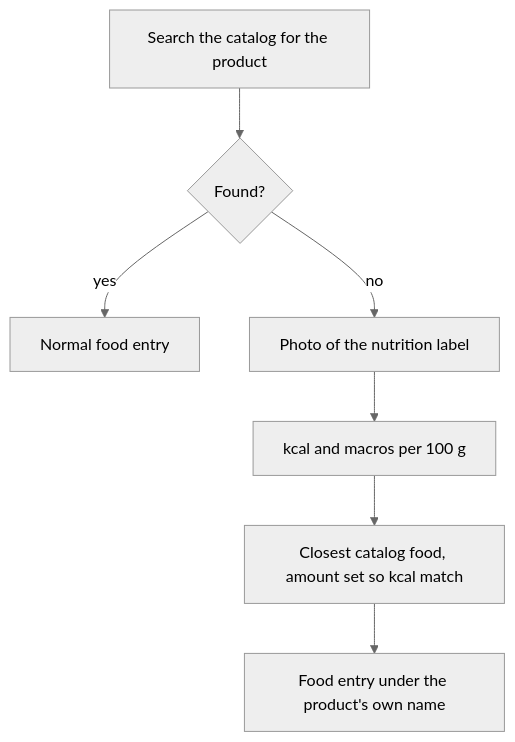
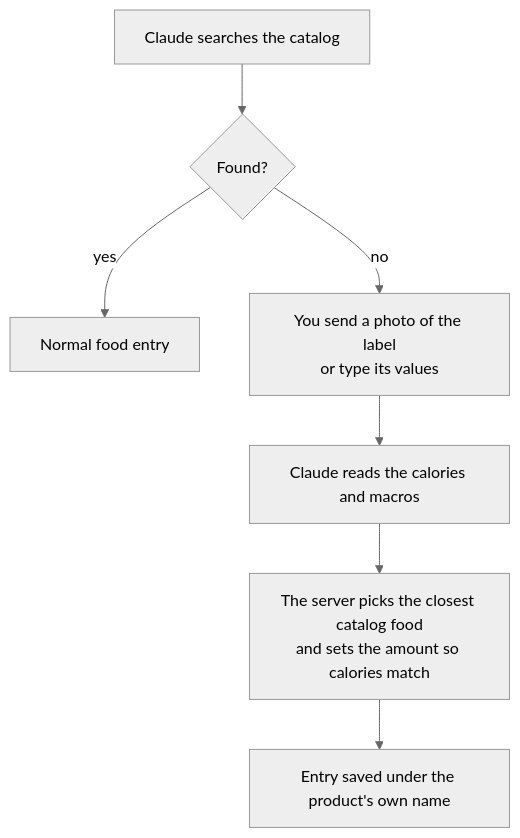
One commit to Vlad40ka/fatsecret-mcp changed the second of 3 diagrams in README.md. Above: the diagram before and after it, drawn with Mermaid (neutral theme). The commit also changed other lines of this file, not shown here.

Commit message:
Clarify the stand-in diagram, add badges and a Documentation section to the README

````diff
--- a/README.md
+++ b/README.md
@@ -92,9 +96,9 @@
 ```mermaid
 flowchart TD
-    S[Search the catalog for the product] --> Q{Found?}
+    S[Claude searches the catalog] --> Q{Found?}
     Q -- yes --> E[Normal food entry]
-    Q -- no --> P[Photo of the nutrition label]
-    P --> V[kcal and macros per 100 g]
-    V --> M[Closest catalog food, amount set so kcal match]
-    M --> N[Food entry under the product's own name]
+    Q -- no --> P["You send a photo of the label<br/>or type its values"]
+    P --> V[Claude reads the calories and macros]
+    V --> M["The server picks the closest catalog food<br/>and sets the amount so calories match"]
+    M --> N[Entry saved under the product's own name]
 ```
````
